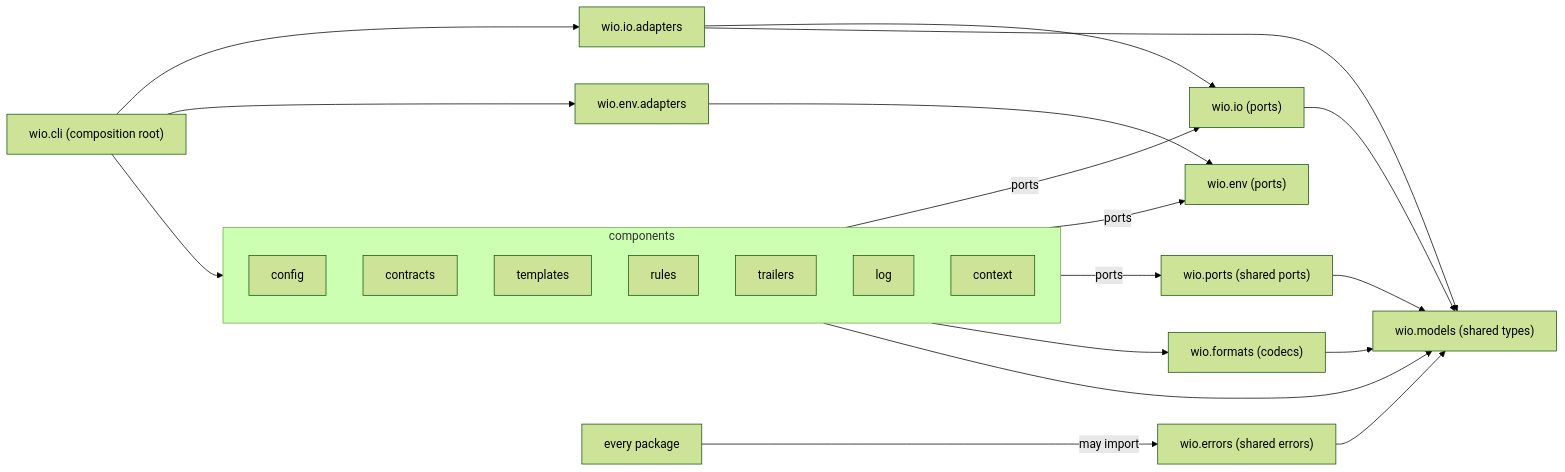
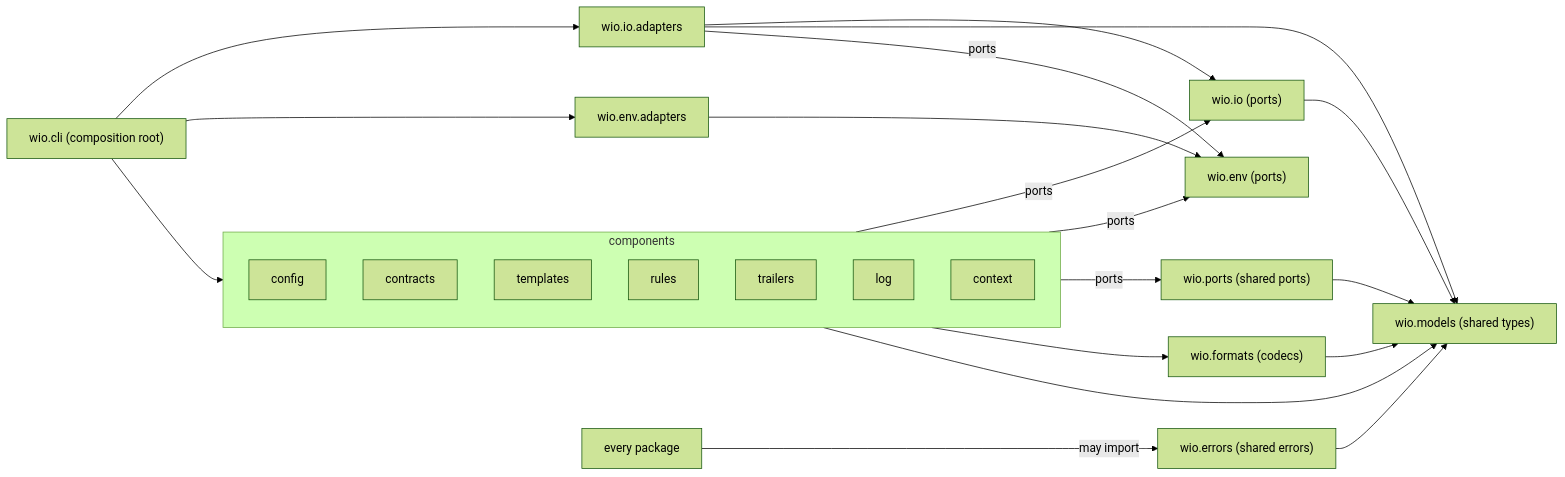
Before and after one commit to msitarz/wio: the diagram in src/wio/README.md, drawn with Mermaid (forest theme). The commit also changed other lines of this file and 28 other files, not shown here.

````diff
--- a/src/wio/README.md
+++ b/src/wio/README.md
@@ -41,38 +41,39 @@
 ```mermaid
 flowchart LR
     cli["wio.cli (composition root)"]
     subgraph components
         config
         contracts
         templates
         rules
         trailers
         log
         context
     end
     ioadapters["wio.io.adapters"]
     io["wio.io (ports)"]
     envadapters["wio.env.adapters"]
     env["wio.env (ports)"]
     sharedports["wio.ports (shared ports)"]
     formats["wio.formats (codecs)"]
     models["wio.models (shared types)"]
     errors["wio.errors (shared errors)"]
     every["every package"]
     every -- "may import" --> errors
     errors --> models
     cli --> components
     cli --> ioadapters
     cli --> envadapters
     ioadapters --> io
     ioadapters --> models
+    ioadapters -- "ports" --> env
     envadapters --> env
     components -- "ports" --> io
     components -- "ports" --> env
     components -- "ports" --> sharedports
     components --> formats
     components --> models
     formats --> models
     io --> models
     sharedports --> models
 ```
````
